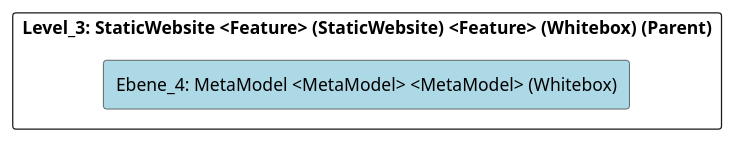
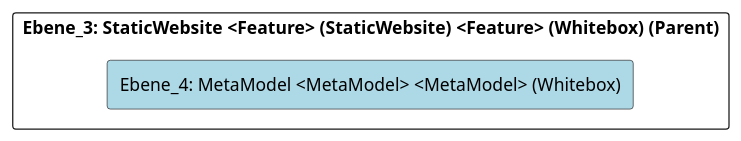
The diagram in doc/cleonproject_deliverables_architecture_model_architecture/adoc/de/05_bausteinsicht/cleon/publishing/staticwebsite/metamodel/ebene_4_metamodel.adoc (marcozwyssig/cleon), drawn with PlantUML before and after one commit. The commit also changed other lines of this file and 620 other files, not shown here.

```diff
--- a/doc/cleonproject_deliverables_architecture_model_architecture/adoc/de/05_bausteinsicht/cleon/publishing/staticwebsite/metamodel/ebene_4_metamodel.adoc
+++ b/doc/cleonproject_deliverables_architecture_model_architecture/adoc/de/05_bausteinsicht/cleon/publishing/staticwebsite/metamodel/ebene_4_metamodel.adoc
@@ -24,24 +24,24 @@
 [plantuml, Ebene_4: MetaModel <MetaModel> <MetaModel> (Whitebox)BlockOverview, format="svg"]
 ----
 @startuml Ebene_4: MetaModel <MetaModel> <MetaModel> (Whitebox)BuildingBlockOverview
 
 skinparam ranksep 10
 skinparam componentStyle rectangle
 skinparam shadowing false
 skinparam arrowColor lightblue
 skinparam arrowThickness 1.2
 skinparam rectangle {
   BackgroundColor White
   BorderColor #333
   RoundCorner 10
 }
 top to bottom direction
 
-component "Level_3: StaticWebsite <Feature> (StaticWebsite) <Feature> (Whitebox) (Parent)" {
+component "Ebene_3: StaticWebsite <Feature> (StaticWebsite) <Feature> (Whitebox) (Parent)" {
     component "Ebene_4: MetaModel <MetaModel> <MetaModel> (Whitebox)" #lightblue {
     }
 
 }
 
 @enduml
 ----
```
